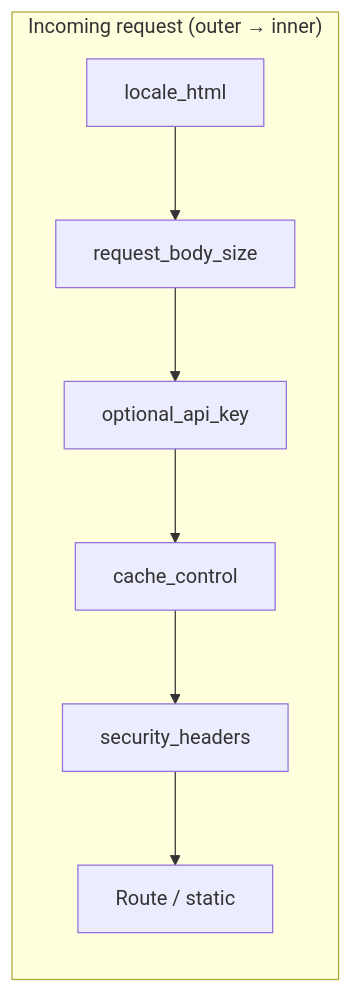
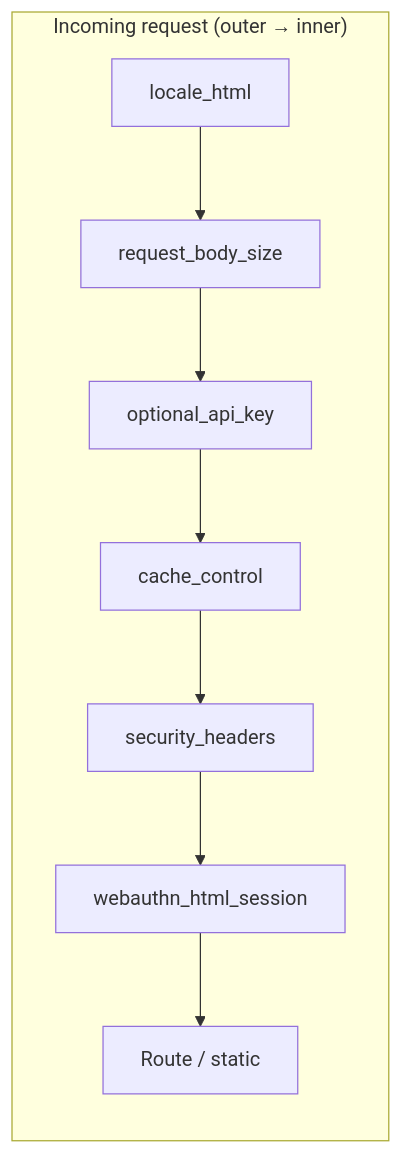
One commit to FabioLeitao/data-boar changed the first of 2 diagrams in docs/plans/PLAN_DASHBOARD_REPORTS_ACCESS_CONTROL.md. Above: the diagram before and after it, drawn with Mermaid. The commit also changed other lines of this file and 19 other files, not shown here.

First line of the commit message:
feat(api): WebAuthn HTML session gate, login page, form CSRF (#86 1b)

````diff
--- a/docs/plans/PLAN_DASHBOARD_REPORTS_ACCESS_CONTROL.md
+++ b/docs/plans/PLAN_DASHBOARD_REPORTS_ACCESS_CONTROL.md
@@ -152,12 +154,13 @@
 ```mermaid
 flowchart LR
   subgraph incoming["Incoming request (outer → inner)"]
     L[locale_html]
     A[request_body_size]
     B[optional_api_key]
     C[cache_control]
     D[security_headers]
+    W[webauthn_html_session]
     R[Route / static]
   end
-  L --> A --> B --> C --> D --> R
+  L --> A --> B --> C --> D --> W --> R
 ```
````
